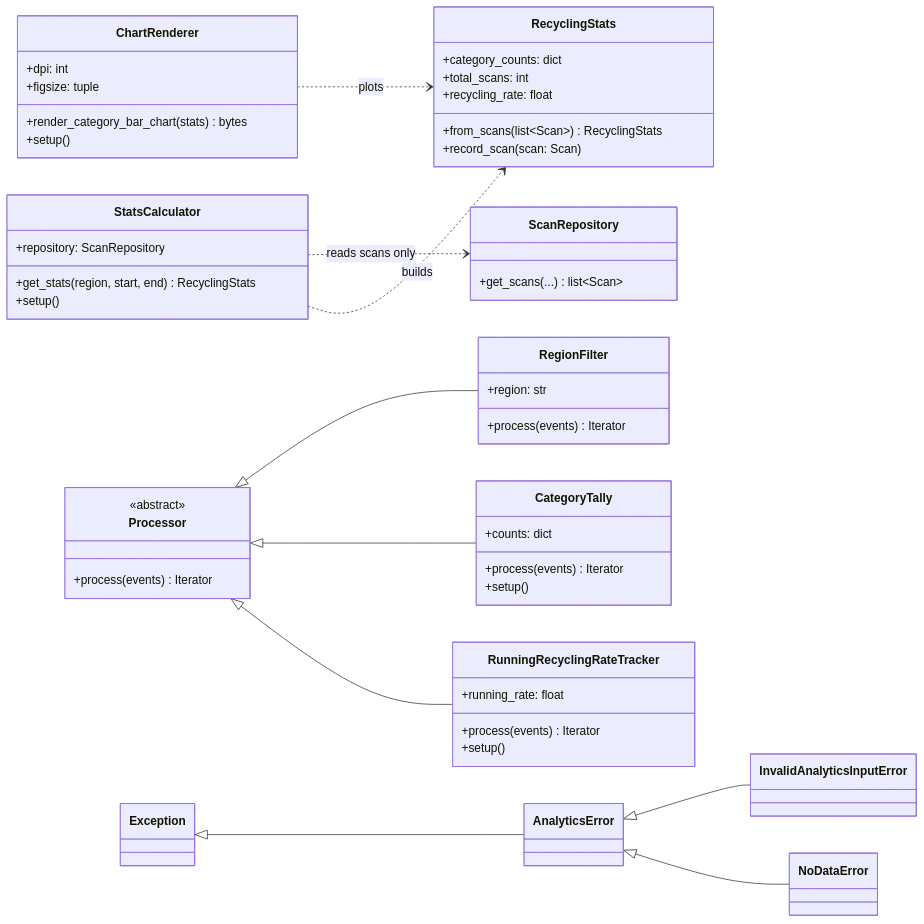
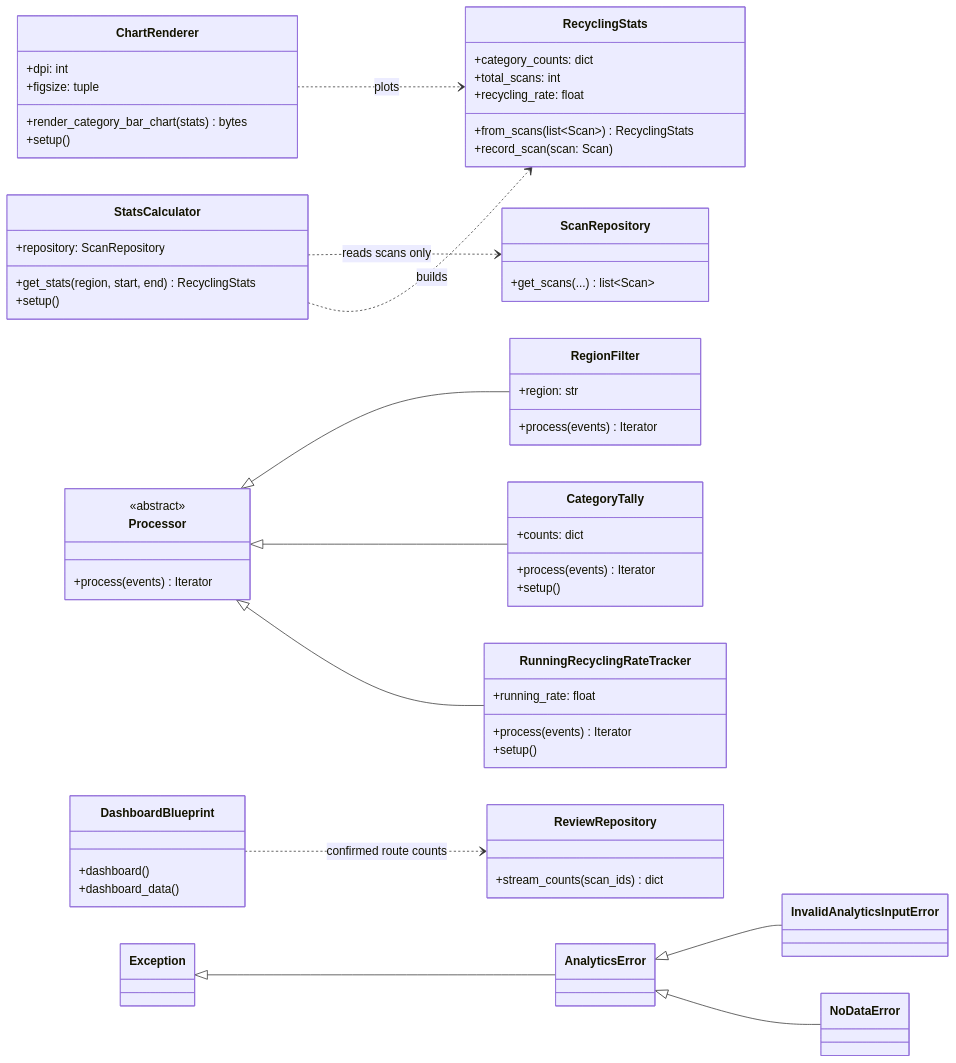
Before and after one commit to Timmyy3000/waste-sorting-assistant: the eighth of 11 diagrams in README.md, drawn with Mermaid. The commit also changed other lines of this file and 13 other files, not shown here.

````diff
--- a/README.md
+++ b/README.md
@@ -282,55 +456,63 @@
 ```mermaid
 classDiagram
     direction LR
     class RecyclingStats {
         +category_counts: dict
         +total_scans: int
         +recycling_rate: float
         +from_scans(list~Scan~) RecyclingStats
         +record_scan(scan: Scan)
     }
     class StatsCalculator {
         +repository: ScanRepository
         +get_stats(region, start, end) RecyclingStats
         +setup()
     }
     class ChartRenderer {
         +dpi: int
         +figsize: tuple
         +render_category_bar_chart(stats) bytes
         +setup()
     }
     class Processor {
         <<abstract>>
         +process(events) Iterator
     }
     class RegionFilter {
         +region: str
         +process(events) Iterator
     }
     class CategoryTally {
         +counts: dict
         +process(events) Iterator
         +setup()
     }
     class RunningRecyclingRateTracker {
         +running_rate: float
         +process(events) Iterator
         +setup()
     }
     class ScanRepository {
         +get_scans(...) list~Scan~
     }
+    class ReviewRepository {
+        +stream_counts(scan_ids) dict
+    }
+    class DashboardBlueprint {
+        +dashboard()
+        +dashboard_data()
+    }
     class AnalyticsError
     class InvalidAnalyticsInputError
     class NoDataError
     Processor <|-- RegionFilter
     Processor <|-- CategoryTally
     Processor <|-- RunningRecyclingRateTracker
     Exception <|-- AnalyticsError
     AnalyticsError <|-- InvalidAnalyticsInputError
     AnalyticsError <|-- NoDataError
     StatsCalculator ..> ScanRepository : reads scans only
+    DashboardBlueprint ..> ReviewRepository : confirmed route counts
     StatsCalculator ..> RecyclingStats : builds
     ChartRenderer ..> RecyclingStats : plots
 ```
````
